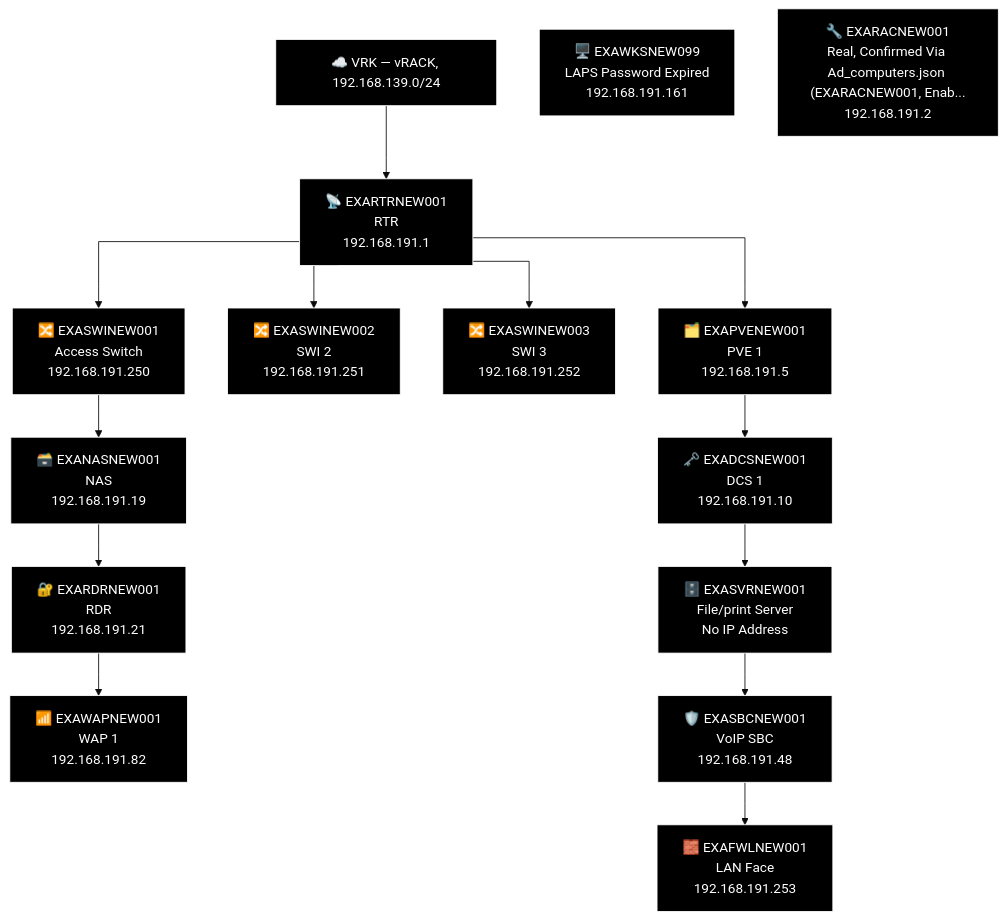
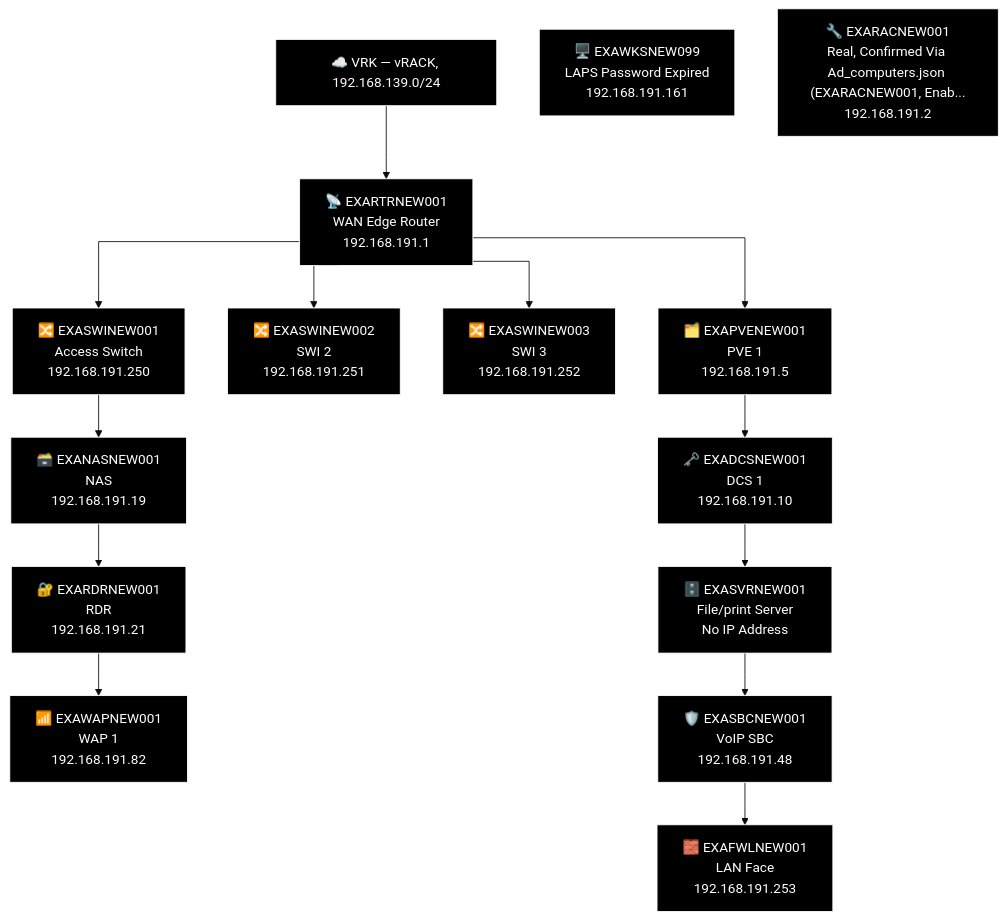
Diagram 15 of 27 in docs/network-diagram/england.md (knightmare2600/example_music_infra), drawn with Mermaid (base theme) before and after one commit. The commit also changed other lines of this file and 17 other files, not shown here.

````diff
--- a/docs/network-diagram/england.md
+++ b/docs/network-diagram/england.md
@@ -740,43 +740,43 @@
 ```mermaid
 %% GENERATED:TOPOLOGY:NEW:START
 %%{init: {'flowchart': {'curve': 'stepAfter'}}}%%
 graph TD
     T_VRK["☁️ VRK — vRACK, 192.168.139.0/24"]
-    T_RTR["📡 EXARTRNEW001<br/>RTR<br/>192.168.191.1"]
+    T_RTR["📡 EXARTRNEW001<br/>WAN Edge Router<br/>192.168.191.1"]
     T_VRK --> T_RTR
     T_PVE["🗂️ EXAPVENEW001<br/>PVE 1<br/>192.168.191.5"]
     T_RTR --> T_PVE
     T_SWI["🔀 EXASWINEW002<br/>SWI 2<br/>192.168.191.251"]
     T_RTR --> T_SWI
     T_SWI2["🔀 EXASWINEW003<br/>SWI 3<br/>192.168.191.252"]
     T_RTR --> T_SWI2
     T_SWI3["🔀 EXASWINEW001<br/>Access Switch<br/>192.168.191.250"]
     T_RTR --> T_SWI3
     T_NAS["🗃️ EXANASNEW001<br/>NAS<br/>192.168.191.19"]
     T_RDR["🔐 EXARDRNEW001<br/>RDR<br/>192.168.191.21"]
     T_WAP["📶 EXAWAPNEW001<br/>WAP 1<br/>192.168.191.82"]
     T_SWI3 --> T_NAS --> T_RDR --> T_WAP
     T_DCS["🗝️ EXADCSNEW001<br/>DCS 1<br/>192.168.191.10"]
     T_SVR["🗄️ EXASVRNEW001<br/>File/print Server<br/>No IP Address"]
     T_SBC["🛡️ EXASBCNEW001<br/>VoIP SBC<br/>192.168.191.48"]
     T_FWL["🧱 EXAFWLNEW001<br/>LAN Face<br/>192.168.191.253"]
     T_PVE --> T_DCS --> T_SVR --> T_SBC --> T_FWL
     T_WKS["🖥️ EXAWKSNEW099<br/>LAPS Password Expired<br/>192.168.191.161"]
     T_RAC["🔧 EXARACNEW001<br/>Real, Confirmed Via Ad_computers.json (EXARACNEW001, Enab...<br/>192.168.191.2"]
     style T_VRK fill:#000000,stroke:#FFFFFF,color:#FFFFFF
     style T_RTR fill:#000000,stroke:#FFFFFF,color:#FFFFFF
     style T_PVE fill:#000000,stroke:#FFFFFF,color:#FFFFFF
     style T_SWI fill:#000000,stroke:#FFFFFF,color:#FFFFFF
     style T_SWI2 fill:#000000,stroke:#FFFFFF,color:#FFFFFF
     style T_SWI3 fill:#000000,stroke:#FFFFFF,color:#FFFFFF
     style T_NAS fill:#000000,stroke:#FFFFFF,color:#FFFFFF
     style T_RDR fill:#000000,stroke:#FFFFFF,color:#FFFFFF
     style T_WAP fill:#000000,stroke:#FFFFFF,color:#FFFFFF
     style T_DCS fill:#000000,stroke:#FFFFFF,color:#FFFFFF
     style T_SVR fill:#000000,stroke:#FFFFFF,color:#FFFFFF
     style T_SBC fill:#000000,stroke:#FFFFFF,color:#FFFFFF
     style T_FWL fill:#000000,stroke:#FFFFFF,color:#FFFFFF
     style T_WKS fill:#000000,stroke:#FFFFFF,color:#FFFFFF
     style T_RAC fill:#000000,stroke:#FFFFFF,color:#FFFFFF
 %% GENERATED:TOPOLOGY:NEW:END
 ```
````
